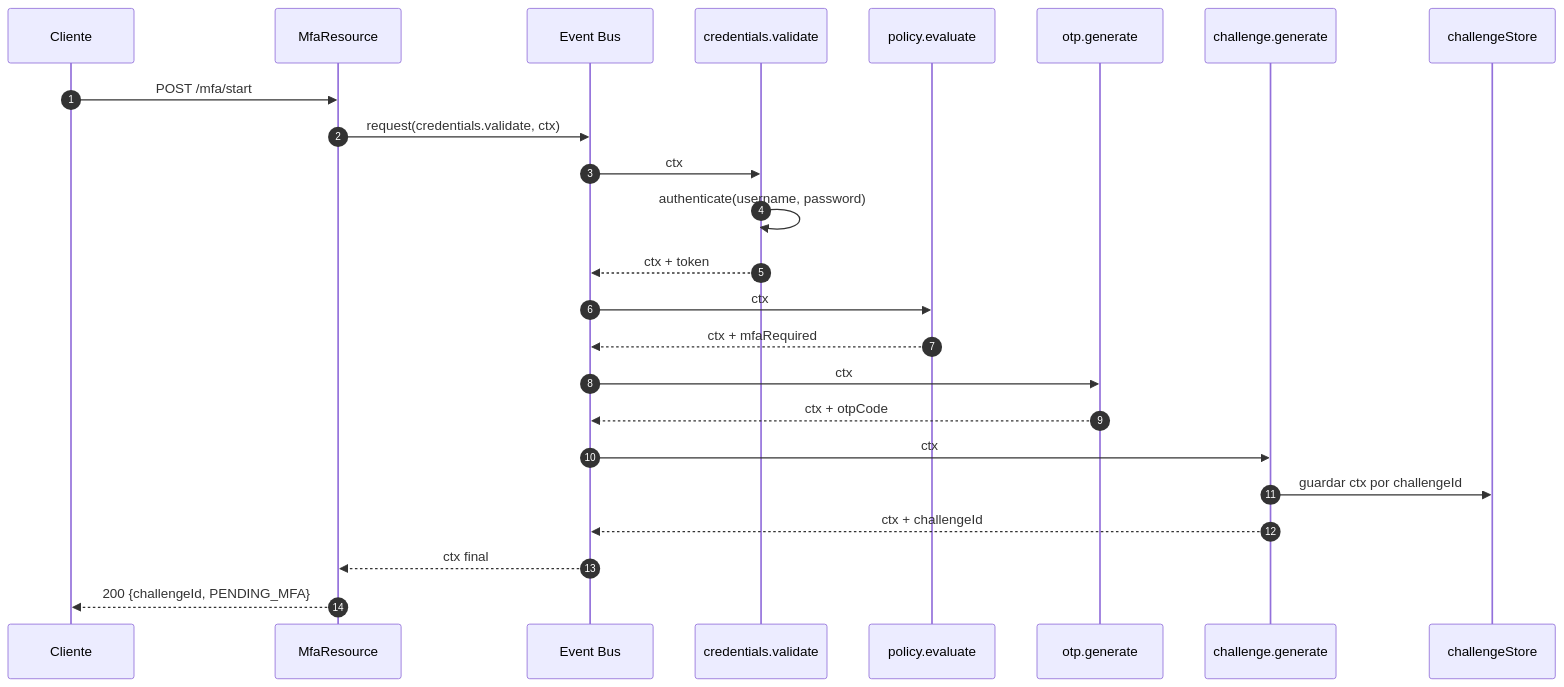
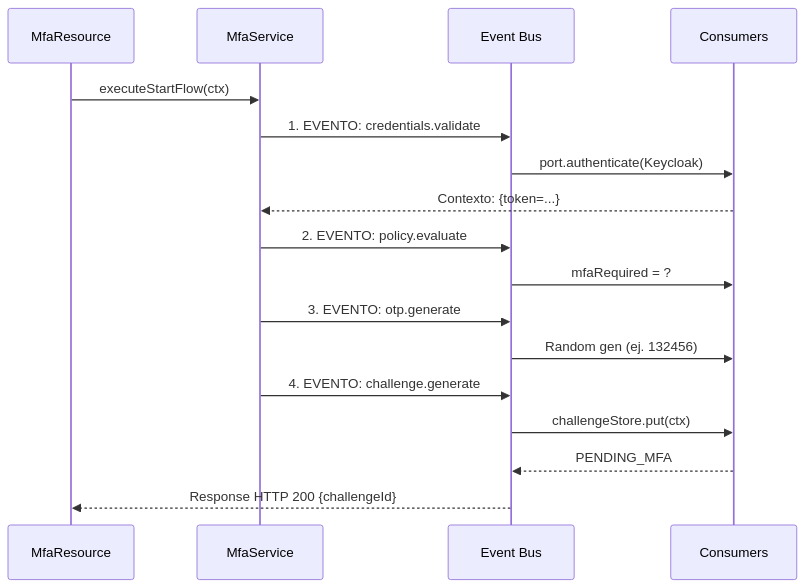
The second of 3 diagrams in docs/backend-java-quarkus/06-event-driven-mfa/event-bus-mfa.md (teamdroid-trainer/docs-docusaurus-trainer), drawn with Mermaid before and after one commit. The commit also changed other lines of this file and 1 other file, not shown here.

Commit message:
docs(mfa): enhance event-bus-mfa and event-driven-design docs using docusaurus-section-enhancer

````diff
--- a/docs/backend-java-quarkus/06-event-driven-mfa/event-bus-mfa.md
+++ b/docs/backend-java-quarkus/06-event-driven-mfa/event-bus-mfa.md
@@ -215,27 +86,23 @@
 ```mermaid
 sequenceDiagram
-    autonumber
-    participant C as Cliente
-    participant R as MfaResource
+    participant API as MfaResource
+    participant S as MfaService
     participant EB as Event Bus
-    participant V as credentials.validate
-    participant P as policy.evaluate
-    participant O as otp.generate
-    participant G as challenge.generate
-    participant S as challengeStore
-
-    C->>R: POST /mfa/start
-    R->>EB: request(credentials.validate, ctx)
-    EB->>V: ctx
-    V->>V: authenticate(username, password)
-    V-->>EB: ctx + token
-    EB->>P: ctx
-    P-->>EB: ctx + mfaRequired
-    EB->>O: ctx
-    O-->>EB: ctx + otpCode
-    EB->>G: ctx
-    G->>S: guardar ctx por challengeId
-    G-->>EB: ctx + challengeId
-    EB-->>R: ctx final
-    R-->>C: 200 {challengeId, PENDING_MFA}
+    participant C as Consumers
+    
+    API->>S: executeStartFlow(ctx)
+    S->>EB: 1. EVENTO: credentials.validate
+    EB->>C: port.authenticate(Keycloak)
+    C-->>S: Contexto: {token=...}
+    
+    S->>EB: 2. EVENTO: policy.evaluate
+    EB->>C: mfaRequired = ?
+    
+    S->>EB: 3. EVENTO: otp.generate
+    EB->>C: Random gen (ej. 132456)
+    
+    S->>EB: 4. EVENTO: challenge.generate
+    EB->>C: challengeStore.put(ctx)
+    C-->>EB: PENDING_MFA
+    EB-->>API: Response HTTP 200 {challengeId}
 ```
````
